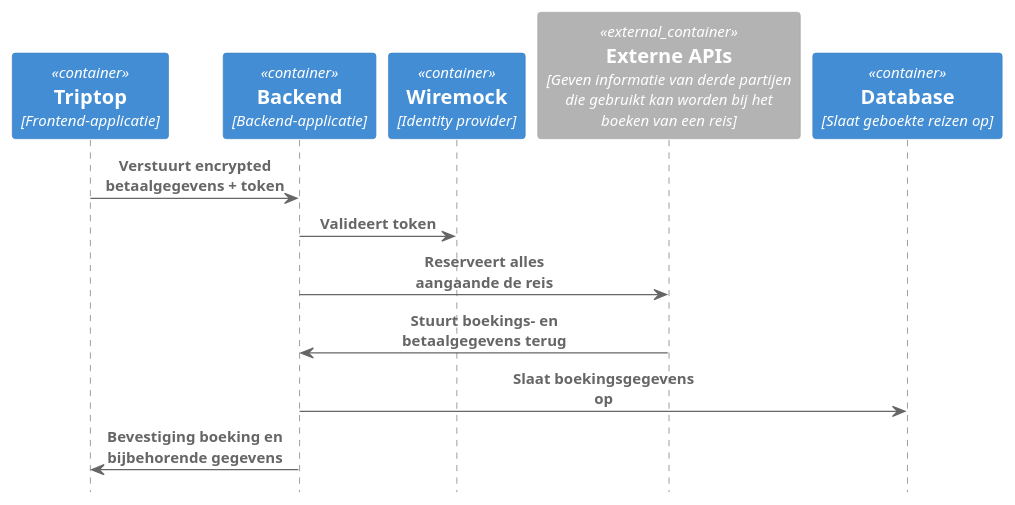
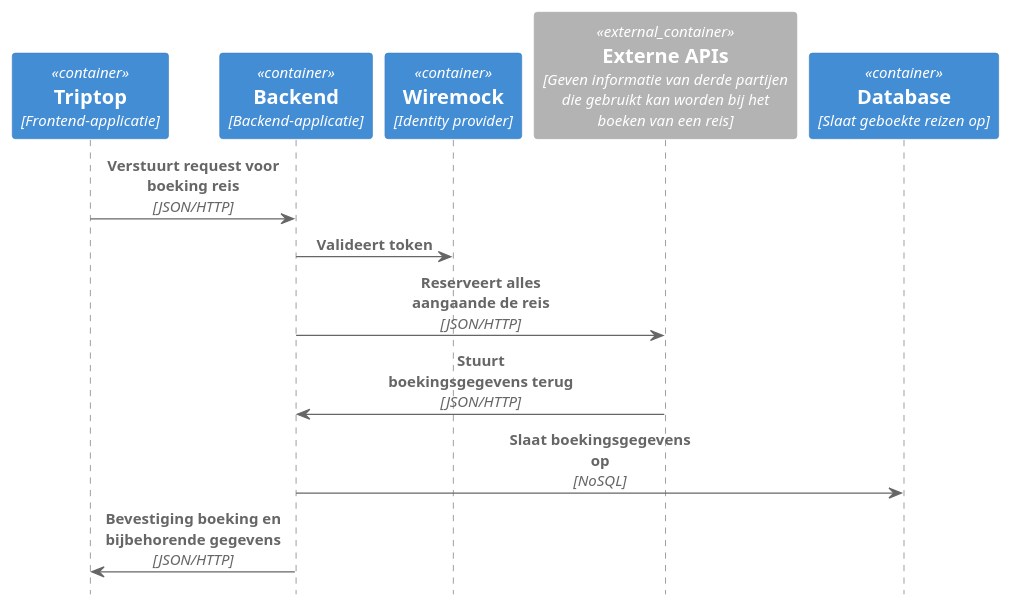
The diagram in opdracht-diagrammen/Diagrammen studenten/Week 1/DynamischContainerDiagram/Dynamisch-Containerdiagram - Reis boeken.puml (AIM-ENE-feb25/triptop-dravende-dikdiks), drawn with PlantUML before and after one commit. The commit also changed other lines of this file and 4 other files, not shown here.

```diff
--- a/opdracht-diagrammen/Diagrammen studenten/Week 1/DynamischContainerDiagram/Dynamisch-Containerdiagram - Reis boeken.puml
+++ b/opdracht-diagrammen/Diagrammen studenten/Week 1/DynamischContainerDiagram/Dynamisch-Containerdiagram - Reis boeken.puml
@@ -1,21 +1,19 @@
 @startuml
 !include https://raw.githubusercontent.com/plantuml-stdlib/C4-PlantUML/master/C4_Sequence.puml
 
 Container(c1, "Triptop", "Frontend-applicatie")
 Container(c2, "Backend", "Backend-applicatie")
 Container(c3, "Wiremock", "Identity provider")
-
 Container_Ext(c4, "Externe APIs", "Geven informatie van derde partijen die gebruikt kan worden bij het boeken van een reis")
 Container(c5, "Database", "Slaat geboekte reizen op")
 
 
-Rel(c1, c2, "Verstuurt encrypted betaalgegevens + token")
+Rel(c1, c2, "Verstuurt request voor boeking reis", "JSON/HTTP")
 Rel(c2, c3, "Valideert token")
-Rel(c2, c4, "Reserveert alles aangaande de reis")
+Rel(c2, c4, "Reserveert alles aangaande de reis", "JSON/HTTP")
 
-Rel(c4, c2, "Stuurt boekings- en betaalgegevens terug")
-Rel(c2, c5, "Slaat boekingsgegevens op")
-
-Rel(c2, c1, "Bevestiging boeking en bijbehorende gegevens")
+Rel(c4, c2, "Stuurt boekingsgegevens terug", "JSON/HTTP")
+Rel(c2, c5, "Slaat boekingsgegevens op", "NoSQL")
+Rel(c2, c1, "Bevestiging boeking en bijbehorende gegevens", "JSON/HTTP")
 
 @enduml
```
